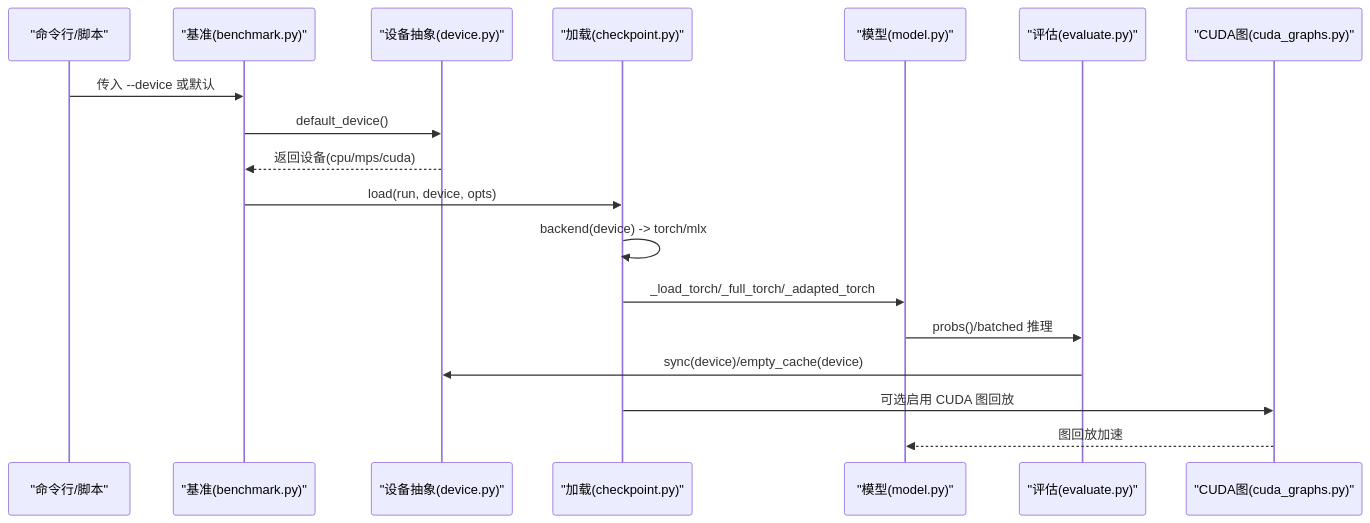
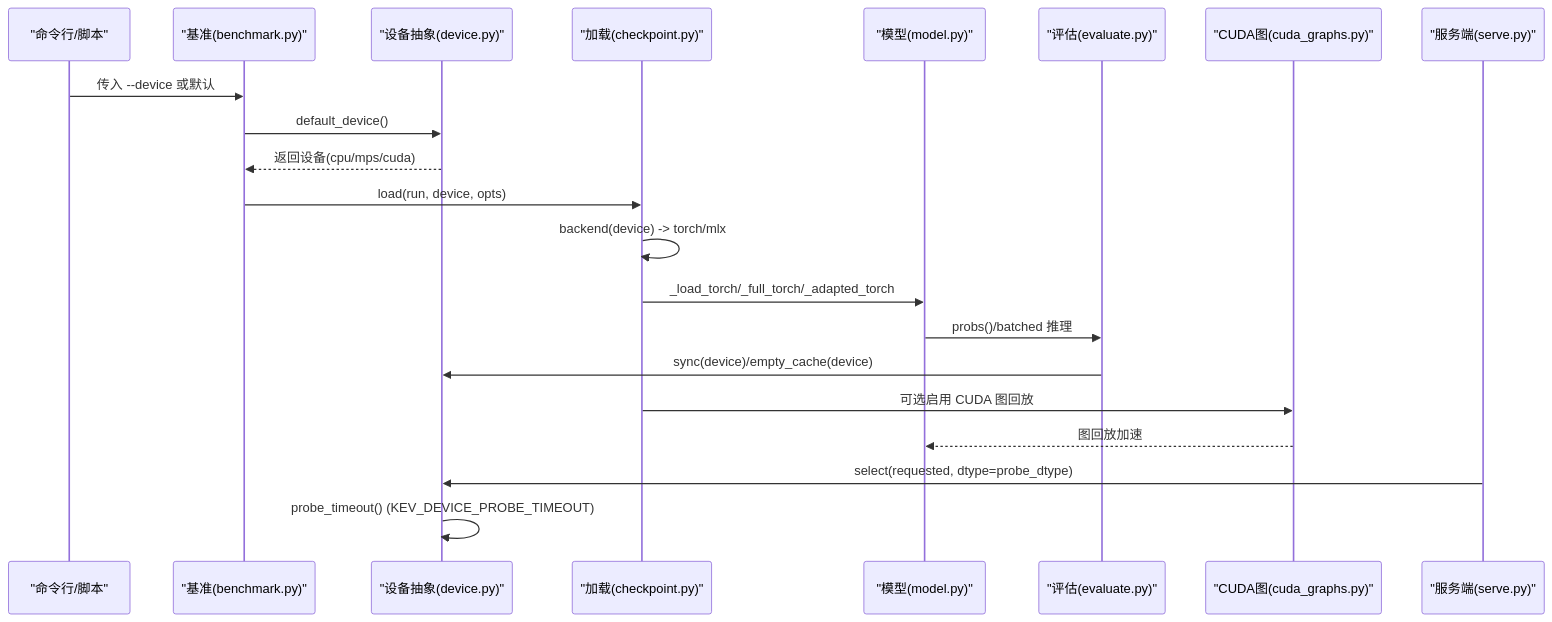
Before and after one commit to joezxh/kev: the second of 10 diagrams in .qoder/repowiki/zh/content/高级主题/性能优化技术/设备抽象层.md, drawn with Mermaid. The commit also changed other lines of this file and 220 other files, not shown here.

````diff
--- a/.qoder/repowiki/zh/content/高级主题/性能优化技术/设备抽象层.md
+++ b/.qoder/repowiki/zh/content/高级主题/性能优化技术/设备抽象层.md
@@ -112,20 +130,23 @@
 ```mermaid
 sequenceDiagram
 participant CLI as "命令行/脚本"
 participant Bench as "基准(benchmark.py)"
 participant Dev as "设备抽象(device.py)"
 participant CKPT as "加载(checkpoint.py)"
 participant Model as "模型(model.py)"
 participant Eval as "评估(evaluate.py)"
 participant CG as "CUDA图(cuda_graphs.py)"
+participant Serve as "服务端(serve.py)"
 CLI->>Bench : 传入 --device 或默认
 Bench->>Dev : default_device()
 Dev-->>Bench : 返回设备(cpu/mps/cuda)
 Bench->>CKPT : load(run, device, opts)
 CKPT->>CKPT : backend(device) -> torch/mlx
 CKPT->>Model : _load_torch/_full_torch/_adapted_torch
 Model->>Eval : probs()/batched 推理
 Eval->>Dev : sync(device)/empty_cache(device)
 CKPT->>CG : 可选启用 CUDA 图回放
 CG-->>Model : 图回放加速
+Serve->>Dev : select(requested, dtype=probe_dtype)
+Dev->>Dev : probe_timeout() (KEV_DEVICE_PROBE_TIMEOUT)
 ```
````
